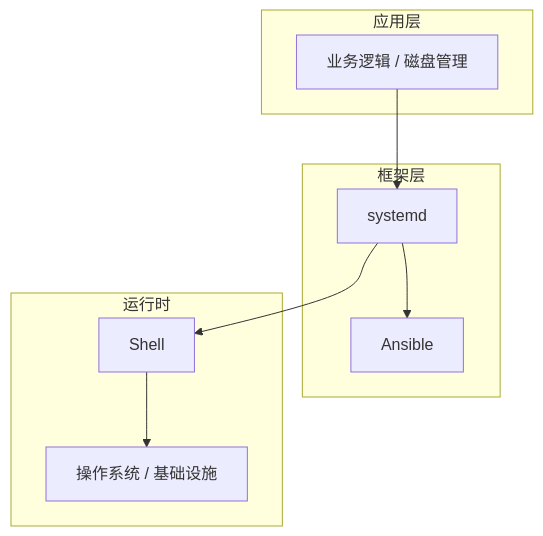
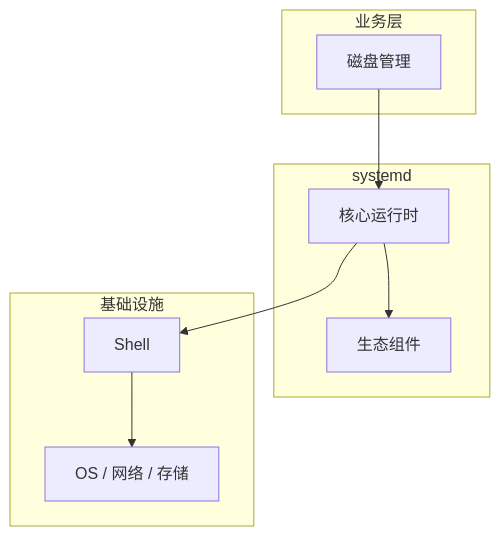
One commit to yanggan2015/knowledge-json-v2 changed the diagram in articles/Linux运维/chapters/049-磁盘管理核心概念与原理.md. Above: the diagram before and after it, drawn with Mermaid. The commit also changed other lines of this file and 10127 other files, not shown here.

````diff
--- a/articles/Linux运维/chapters/049-磁盘管理核心概念与原理.md
+++ b/articles/Linux运维/chapters/049-磁盘管理核心概念与原理.md
@@ -45,18 +34,18 @@
 ```mermaid
 graph TB
-    subgraph 应用层
-        A[业务逻辑 / 磁盘管理]
+    subgraph 业务层
+        A[磁盘管理]
     end
-    subgraph 框架层
-        B[systemd]
-        C[Ansible]
+    subgraph systemd
+        B[核心运行时]
+        C[生态组件]
     end
-    subgraph 运行时
+    subgraph 基础设施
         D[Shell]
-        E[操作系统 / 基础设施]
+        E[OS / 网络 / 存储]
     end
     A --> B
     B --> C
     B --> D
     D --> E
 ```
````
